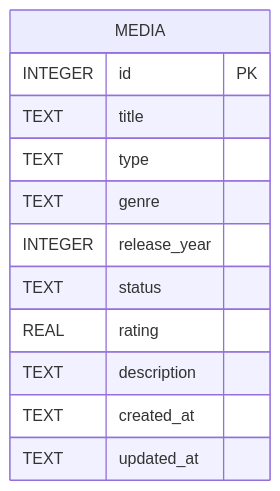
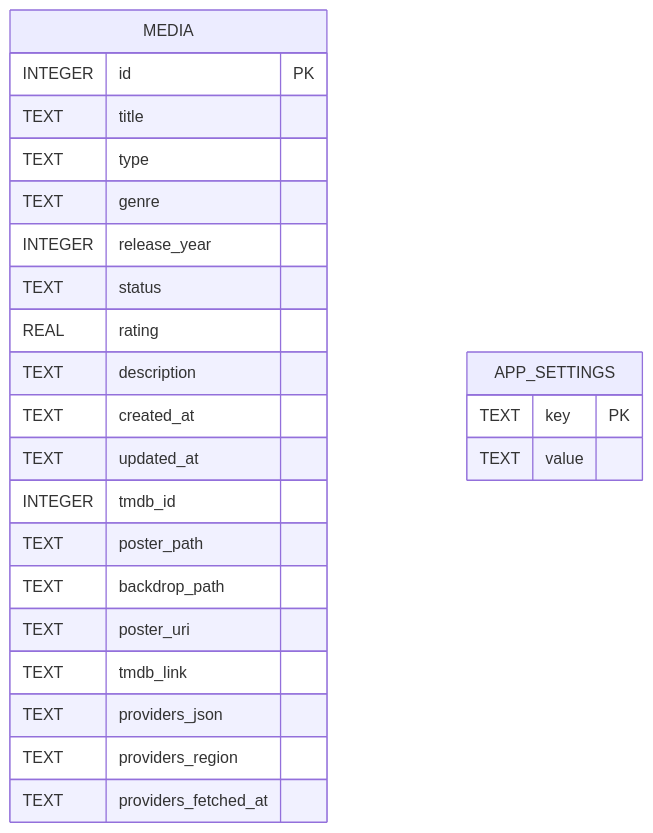
Before and after one commit to Aldo-Kristian/CineTrack: the first of 2 diagrams in docs/10-database-design.md, drawn with Mermaid. The commit also changed other lines of this file and 17 other files, not shown here.

Commit message:
docs: revise all documents for v2 (tmdb, poster, streaming, genre cards)

````diff
--- a/docs/10-database-design.md
+++ b/docs/10-database-design.md
@@ -12,15 +21,28 @@
 ```mermaid
 erDiagram
     MEDIA {
         INTEGER id PK
         TEXT title
         TEXT type
         TEXT genre
         INTEGER release_year
         TEXT status
         REAL rating
         TEXT description
         TEXT created_at
         TEXT updated_at
+        INTEGER tmdb_id
+        TEXT poster_path
+        TEXT backdrop_path
+        TEXT poster_uri
+        TEXT tmdb_link
+        TEXT providers_json
+        TEXT providers_region
+        TEXT providers_fetched_at
+    }
+
+    APP_SETTINGS {
+        TEXT key PK
+        TEXT value
     }
 ```
````
